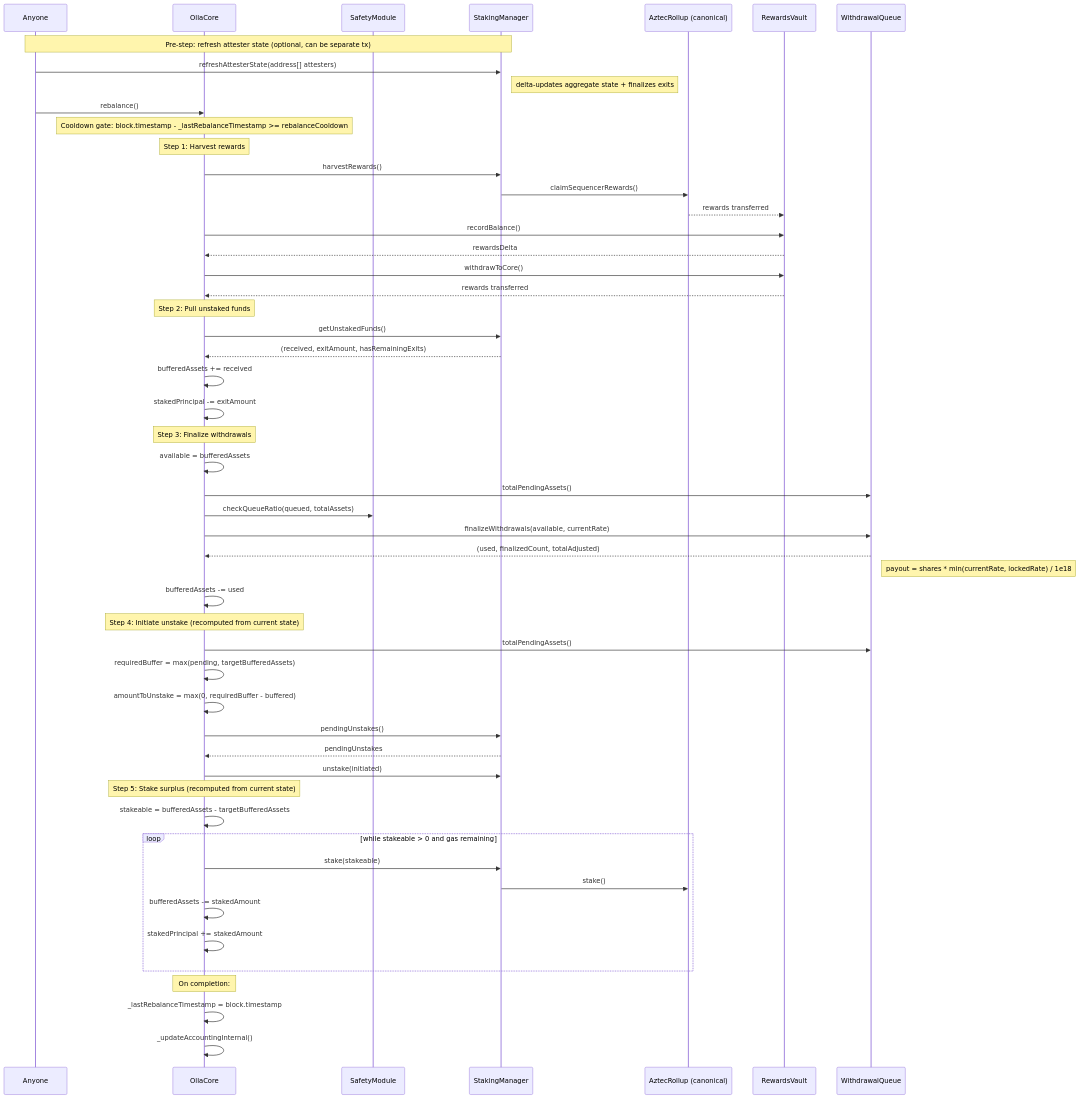
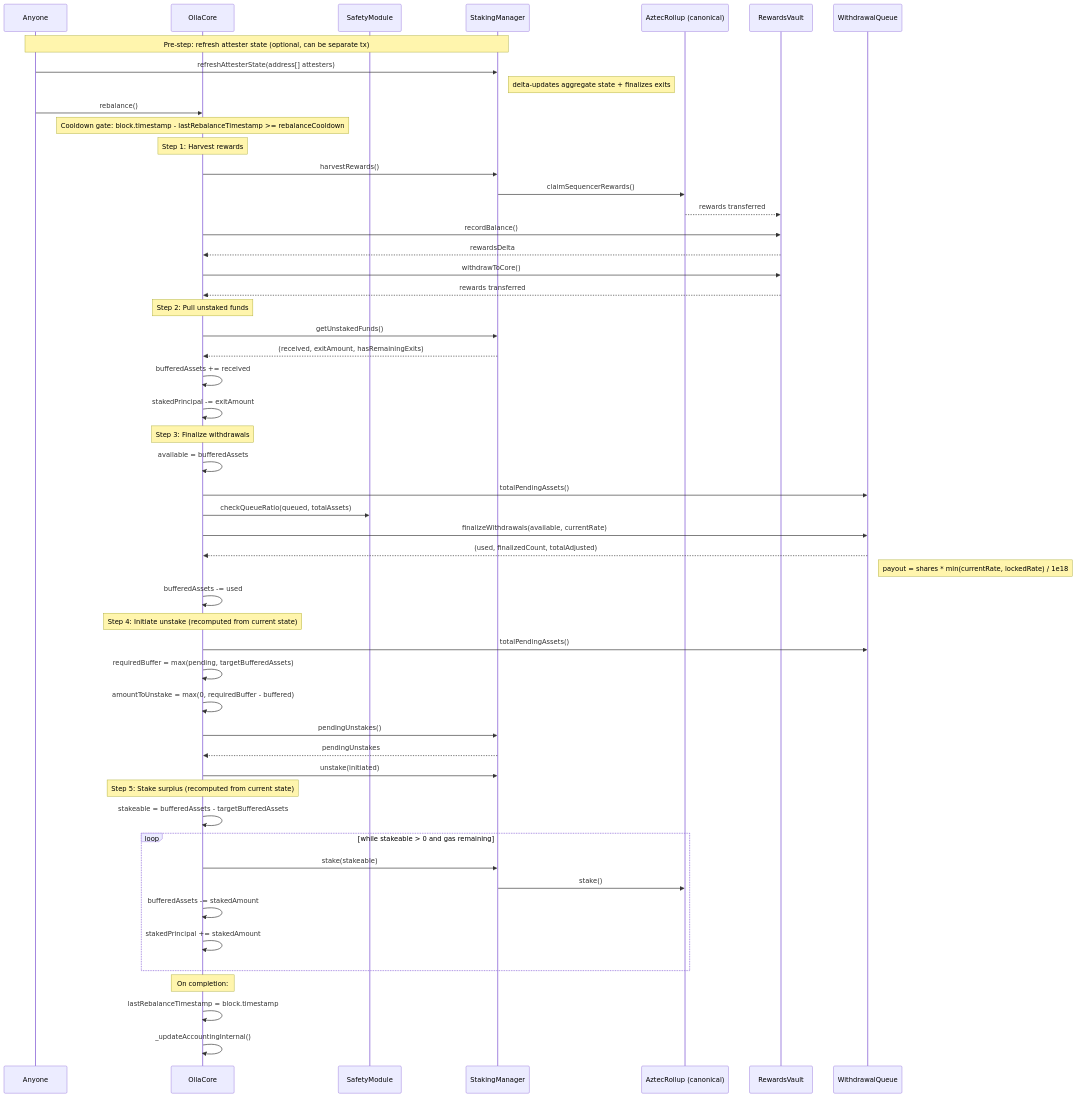
One commit to ollafinance/core changed the seventh of 9 diagrams in docs/architecture/operator-actions.md. Above: the diagram before and after it, drawn with Mermaid. The commit also changed other lines of this file and 8 other files, not shown here.

First line of the commit message:
fix: gracefully handle reward harvest failures and expose rebalance timestamp (#339)

````diff
--- a/docs/architecture/operator-actions.md
+++ b/docs/architecture/operator-actions.md
@@ -141,62 +141,62 @@
 ```mermaid
 sequenceDiagram
     participant A as Anyone
     participant C as OllaCore
     participant SAF as SafetyModule
     participant SM as StakingManager
     participant AR as AztecRollup (canonical)
     participant RV as RewardsVault
     participant WQ as WithdrawalQueue
 
     Note over A,SM: Pre-step: refresh attester state (optional, can be separate tx)
     A->>SM: refreshAttesterState(address[] attesters)
     Note right of SM: delta-updates aggregate state + finalizes exits
 
     A->>C: rebalance()
-    Note over C: Cooldown gate: block.timestamp - _lastRebalanceTimestamp >= rebalanceCooldown
+    Note over C: Cooldown gate: block.timestamp - lastRebalanceTimestamp >= rebalanceCooldown
 
     Note over C: Step 1: Harvest rewards
     C->>SM: harvestRewards()
     SM->>AR: claimSequencerRewards()
     AR-->>RV: rewards transferred
     C->>RV: recordBalance()
     RV-->>C: rewardsDelta
     C->>RV: withdrawToCore()
     RV-->>C: rewards transferred
 
     Note over C: Step 2: Pull unstaked funds
     C->>SM: getUnstakedFunds()
     SM-->>C: (received, exitAmount, hasRemainingExits)
     C->>C: bufferedAssets += received
     C->>C: stakedPrincipal -= exitAmount
 
     Note over C: Step 3: Finalize withdrawals
     C->>C: available = bufferedAssets
     C->>WQ: totalPendingAssets()
     C->>SAF: checkQueueRatio(queued, totalAssets)
     C->>WQ: finalizeWithdrawals(available, currentRate)
     WQ-->>C: (used, finalizedCount, totalAdjusted)
     Note right of WQ: payout = shares * min(currentRate, lockedRate) / 1e18
     C->>C: bufferedAssets -= used
 
     Note over C: Step 4: Initiate unstake (recomputed from current state)
     C->>WQ: totalPendingAssets()
     C->>C: requiredBuffer = max(pending, targetBufferedAssets)
     C->>C: amountToUnstake = max(0, requiredBuffer - buffered)
     C->>SM: pendingUnstakes()
     SM-->>C: pendingUnstakes
     C->>SM: unstake(initiated)
 
     Note over C: Step 5: Stake surplus (recomputed from current state)
     C->>C: stakeable = bufferedAssets - targetBufferedAssets
     loop while stakeable > 0 and gas remaining
         C->>SM: stake(stakeable)
         SM->>AR: stake()
         C->>C: bufferedAssets -= stakedAmount
         C->>C: stakedPrincipal += stakedAmount
     end
 
     Note over C: On completion:
-    C->>C: _lastRebalanceTimestamp = block.timestamp
+    C->>C: lastRebalanceTimestamp = block.timestamp
     C->>C: _updateAccountingInternal()
 ```
````
